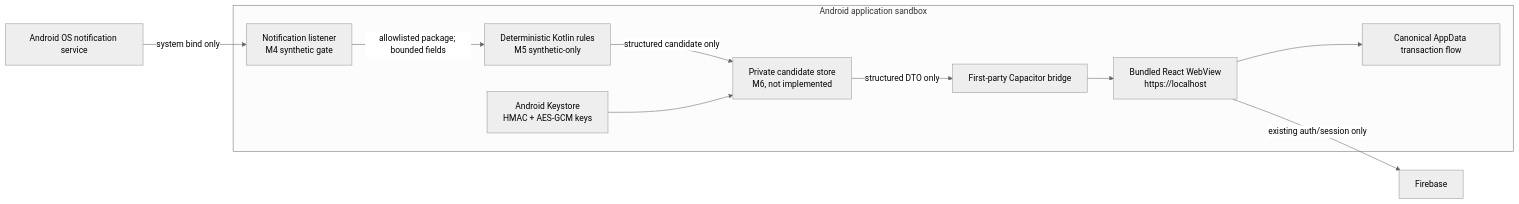
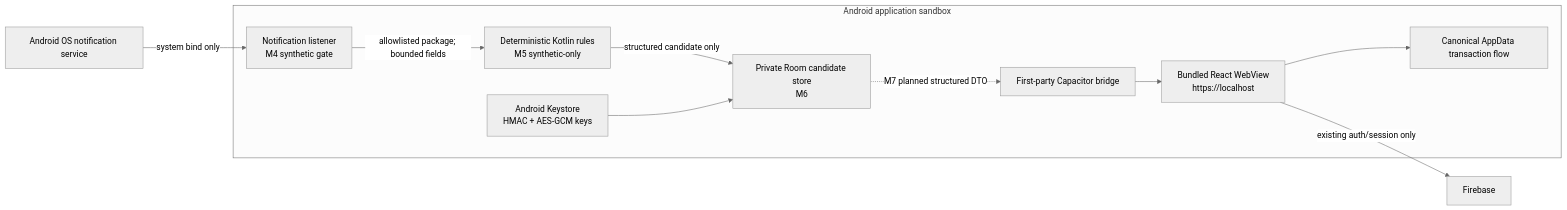
Before and after one commit to daniele21/personal-budget: the diagram in docs/01-architecture/android-payment-detection-security.md, drawn with Mermaid (neutral theme). The commit also changed other lines of this file and 30 other files, not shown here.

````diff
--- a/docs/01-architecture/android-payment-detection-security.md
+++ b/docs/01-architecture/android-payment-detection-security.md
@@ -24,21 +26,21 @@
 ```mermaid
 flowchart LR
     OS["Android OS notification service"] -->|"system bind only"| L["Notification listener\nM4 synthetic gate"]
     L -->|"allowlisted package; bounded fields"| R["Deterministic Kotlin rules\nM5 synthetic-only"]
-    R -->|"structured candidate only"| DB["Private candidate store\nM6, not implemented"]
+    R -->|"structured candidate only"| DB["Private Room candidate store\nM6"]
     KS["Android Keystore\nHMAC + AES-GCM keys"] --> DB
-    DB -->|"structured DTO only"| B["First-party Capacitor bridge"]
+    DB -.->|"M7 planned structured DTO"| B["First-party Capacitor bridge"]
     B --> W["Bundled React WebView\nhttps://localhost"]
     W --> A["Canonical AppData transaction flow"]
     W -->|"existing auth/session only"| F["Firebase"]
 
     subgraph Device["Android application sandbox"]
       L
       R
       DB
       KS
       B
       W
       A
     end
 ```
````
